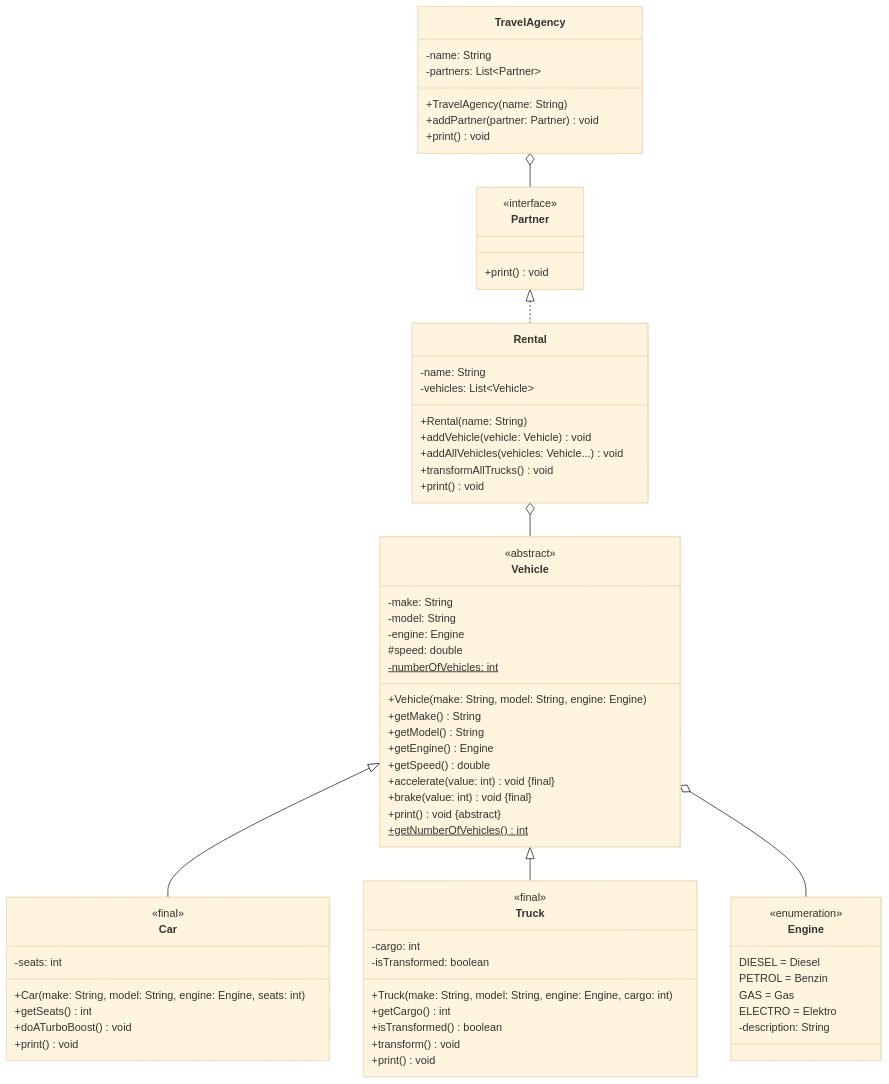
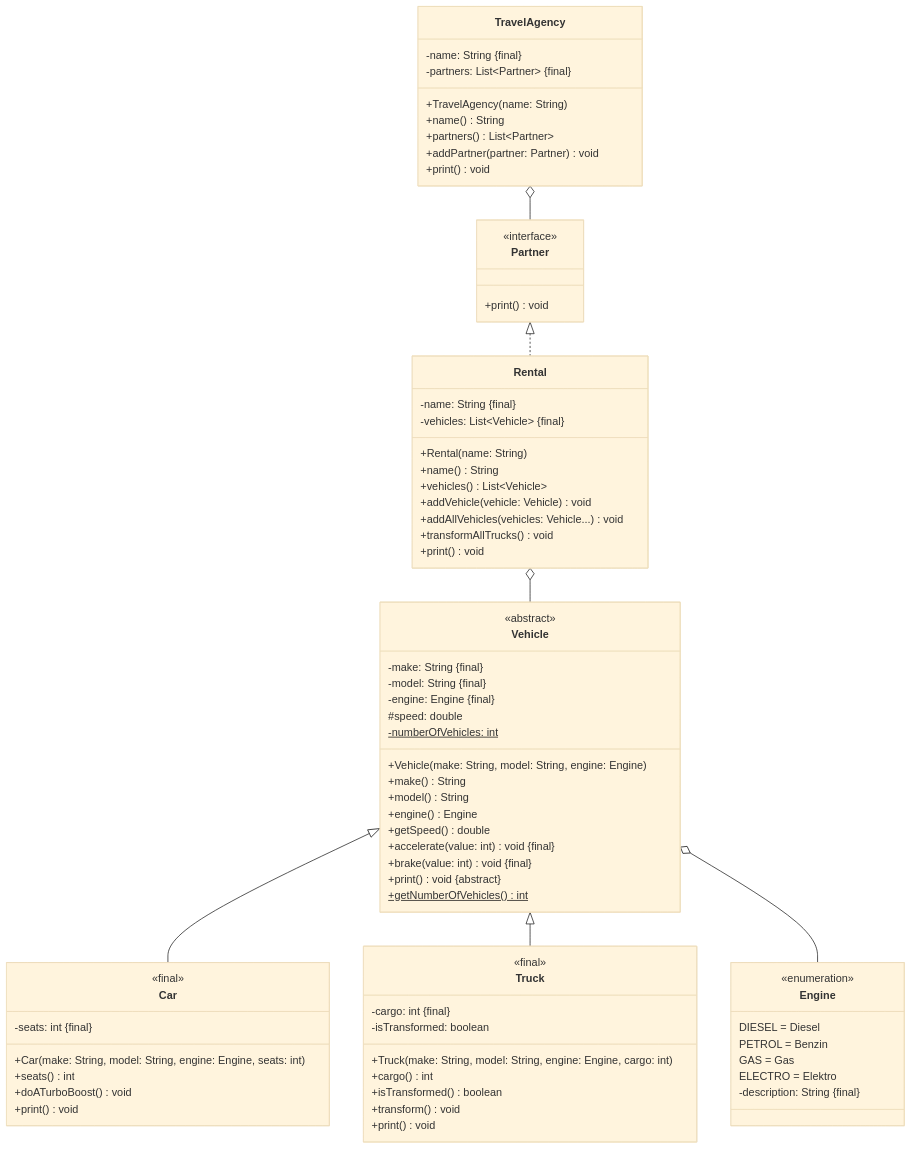
The diagram in docs/exercises/interfaces/interfaces01.mdx (jappuccini/java-docs), drawn with Mermaid (base theme) before and after one commit. The commit also changed 33 other files, not shown here.

Commit message:
add final-property, change getter-description, change list- and map-declarations

```diff
--- a/docs/exercises/interfaces/interfaces01.mdx
+++ b/docs/exercises/interfaces/interfaces01.mdx
@@ -27,15 +27,15 @@
 
     class Vehicle {
         <<abstract>>
-        -make: String
-        -model: String
-        -engine: Engine
+        -make: String &#123final&#125
+        -model: String &#123final&#125
+        -engine: Engine &#123final&#125
         #speed: double
         -numberOfVehicles: int$
         +Vehicle(make: String, model: String, engine: Engine)
-        +getMake() String
-        +getModel() String
-        +getEngine() Engine
+        +make() String
+        +model() String
+        +engine() Engine
         +getSpeed() double
         +accelerate(value: int) void &#123final&#125
         +brake(value: int) void &#123final&#125
@@ -49,33 +49,35 @@
         PETROL = Benzin
         GAS = Gas
         ELECTRO = Elektro
-        -description: String
+        -description: String &#123final&#125
     }
 
     class Car {
         <<final>>
-        -seats: int
+        -seats: int &#123final&#125
         +Car(make: String, model: String, engine: Engine, seats: int)
-        +getSeats() int
+        +seats() int
         +doATurboBoost() void
         +print() void
     }
 
     class Truck {
         <<final>>
-        -cargo: int
+        -cargo: int &#123final&#125
         -isTransformed: boolean
         +Truck(make: String, model: String, engine: Engine, cargo: int)
-        +getCargo() int
+        +cargo() int
         +isTransformed() boolean
         +transform() void
         +print() void
     }
 
     class Rental {
-        -name: String
-        -vehicles: List~Vehicle~
+        -name: String &#123final&#125
+        -vehicles: List~Vehicle~ &#123final&#125
         +Rental(name: String)
+        +name() String
+        +vehicles() List~Vehicle~
         +addVehicle(vehicle: Vehicle) void
         +addAllVehicles(vehicles: Vehicle...) void
         +transformAllTrucks() void
@@ -88,9 +90,11 @@
     }
 
     class TravelAgency {
-        -name: String
-        -partners: List~Partner~
+        -name: String &#123final&#125
+        -partners: List~Partner~ &#123final&#125
         +TravelAgency(name: String)
+        +name() String
+        +partners() List~Partner~
         +addPartner(partner: Partner) void
         +print() void
     }
```
